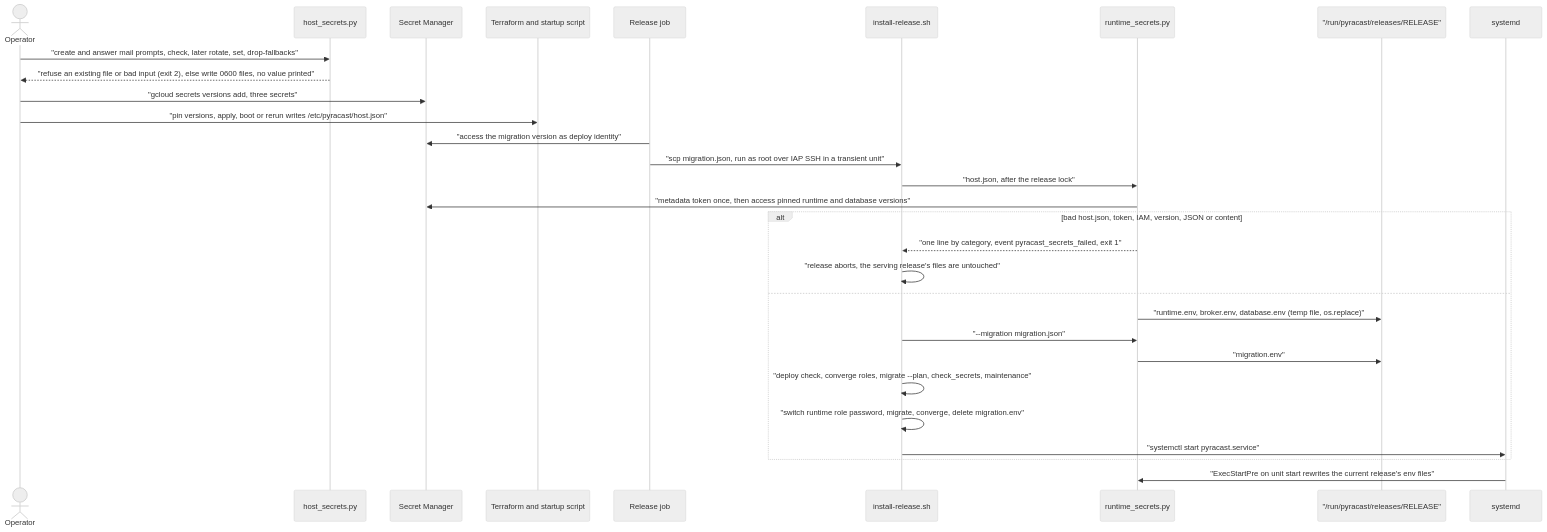
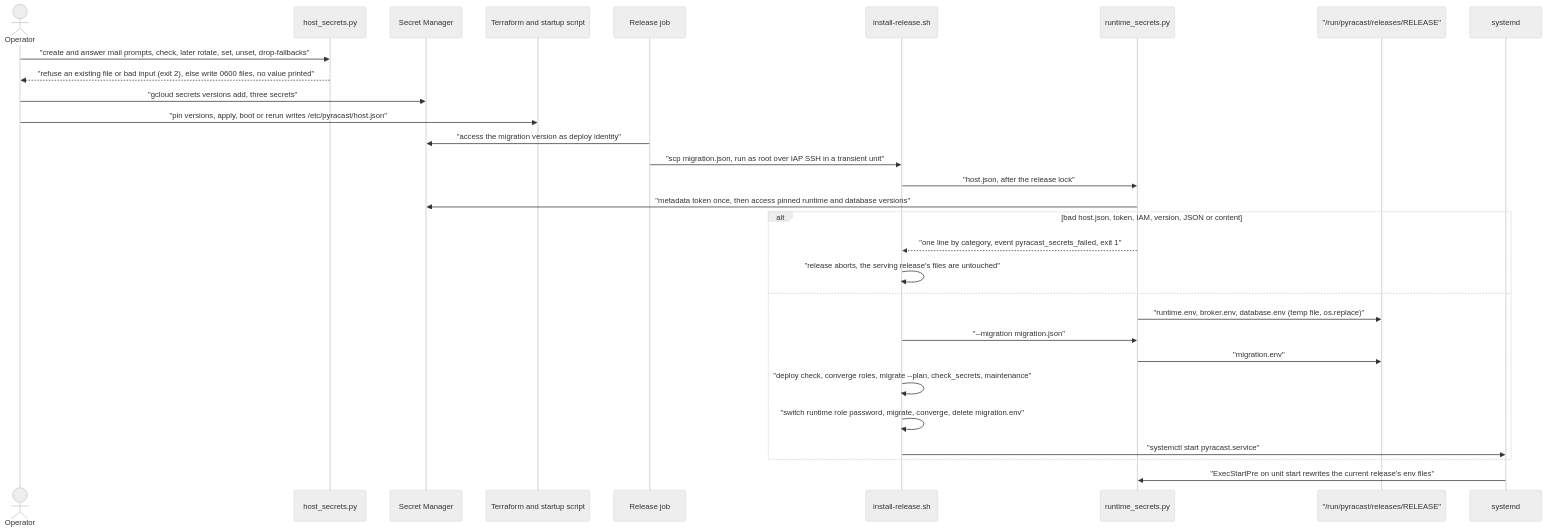
The diagram in docs/flows/secret-provisioning.md (erkurtharun/pyracast), drawn with Mermaid (neutral theme) before and after one commit. The commit also changed other lines of this file and 67 other files, not shown here.

````diff
--- a/docs/flows/secret-provisioning.md
+++ b/docs/flows/secret-provisioning.md
@@ -14,32 +14,32 @@
 ```mermaid
 sequenceDiagram
     actor Op as Operator
     participant HS as host_secrets.py
     participant SM as Secret Manager
     participant TF as Terraform and startup script
     participant GH as Release job
     participant IR as install-release.sh
     participant RS as runtime_secrets.py
     participant RUN as "/run/pyracast/releases/RELEASE"
     participant SD as systemd
-    Op->>HS: "create and answer mail prompts, check, later rotate, set, drop-fallbacks"
+    Op->>HS: "create and answer mail prompts, check, later rotate, set, unset, drop-fallbacks"
     HS-->>Op: "refuse an existing file or bad input (exit 2), else write 0600 files, no value printed"
     Op->>SM: "gcloud secrets versions add, three secrets"
     Op->>TF: "pin versions, apply, boot or rerun writes /etc/pyracast/host.json"
     GH->>SM: "access the migration version as deploy identity"
     GH->>IR: "scp migration.json, run as root over IAP SSH in a transient unit"
     IR->>RS: "host.json, after the release lock"
     RS->>SM: "metadata token once, then access pinned runtime and database versions"
     alt bad host.json, token, IAM, version, JSON or content
         RS-->>IR: "one line by category, event pyracast_secrets_failed, exit 1"
         IR->>IR: "release aborts, the serving release's files are untouched"
     else
         RS->>RUN: "runtime.env, broker.env, database.env (temp file, os.replace)"
         IR->>RS: "--migration migration.json"
         RS->>RUN: "migration.env"
         IR->>IR: "deploy check, converge roles, migrate --plan, check_secrets, maintenance"
         IR->>IR: "switch runtime role password, migrate, converge, delete migration.env"
         IR->>SD: "systemctl start pyracast.service"
     end
     SD->>RS: "ExecStartPre on unit start rewrites the current release's env files"
 ```
````
